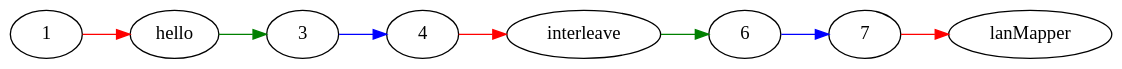
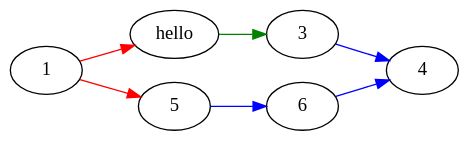
One commit to jwiegley/thinking-with-functions changed the second of 2 diagrams in org-beamer-template.org. Above: the diagram before and after it, drawn with Graphviz. The commit also changed other lines of this file, not shown here.

Commit message:
Change a diagram

```diff
--- a/org-beamer-template.org
+++ b/org-beamer-template.org
@@ -128,16 +128,13 @@
 #+begin_src dot :file diagram4.svg :cmdline -Tsvg :results file
 digraph {
     bgcolor=transparent;
     rankdir=LR;
     2 [label=hello];
-    5 [label=interleave];
-    8 [label=lanMapper];
     1 -> 2 [color=red];
+    1 -> 5 [color=red];
     2 -> 3 [color=green];
     3 -> 4 [color=blue];
-    4 -> 5 [color=red];
-    5 -> 6 [color=green];
-    6 -> 7 [color=blue];
-    7 -> 8 [color=red];
+    5 -> 6 [color=blue];
+    6 -> 4 [color=blue];
 }
 #+end_src
```
